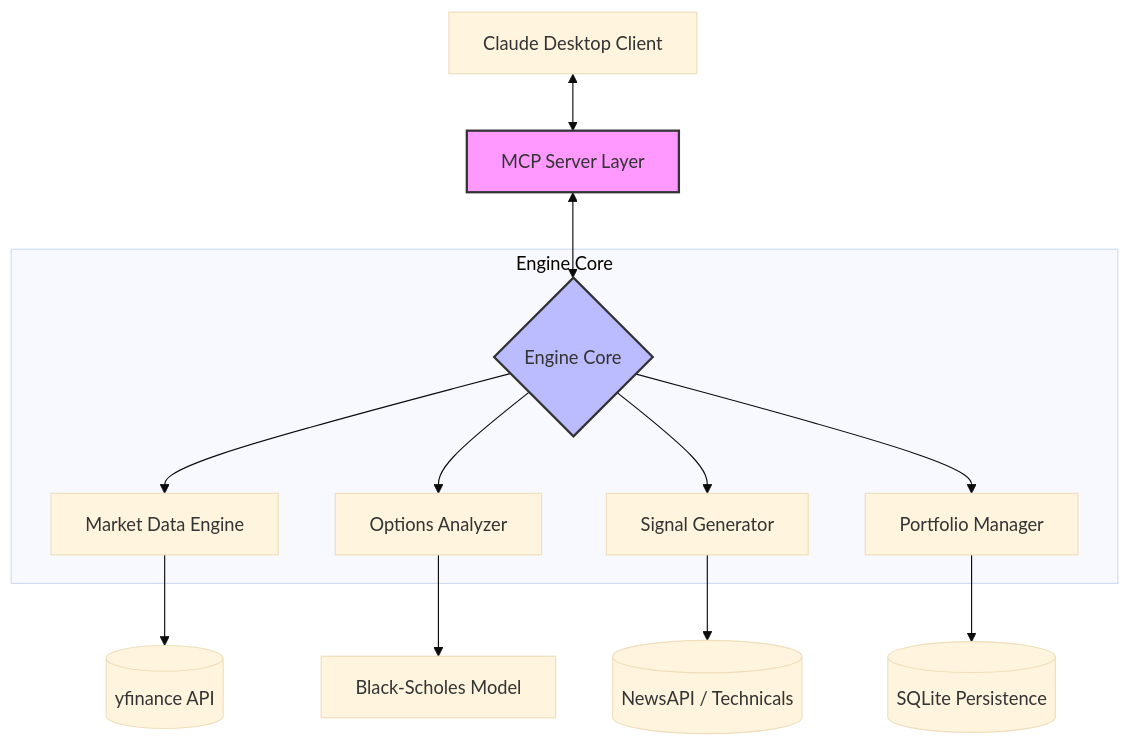
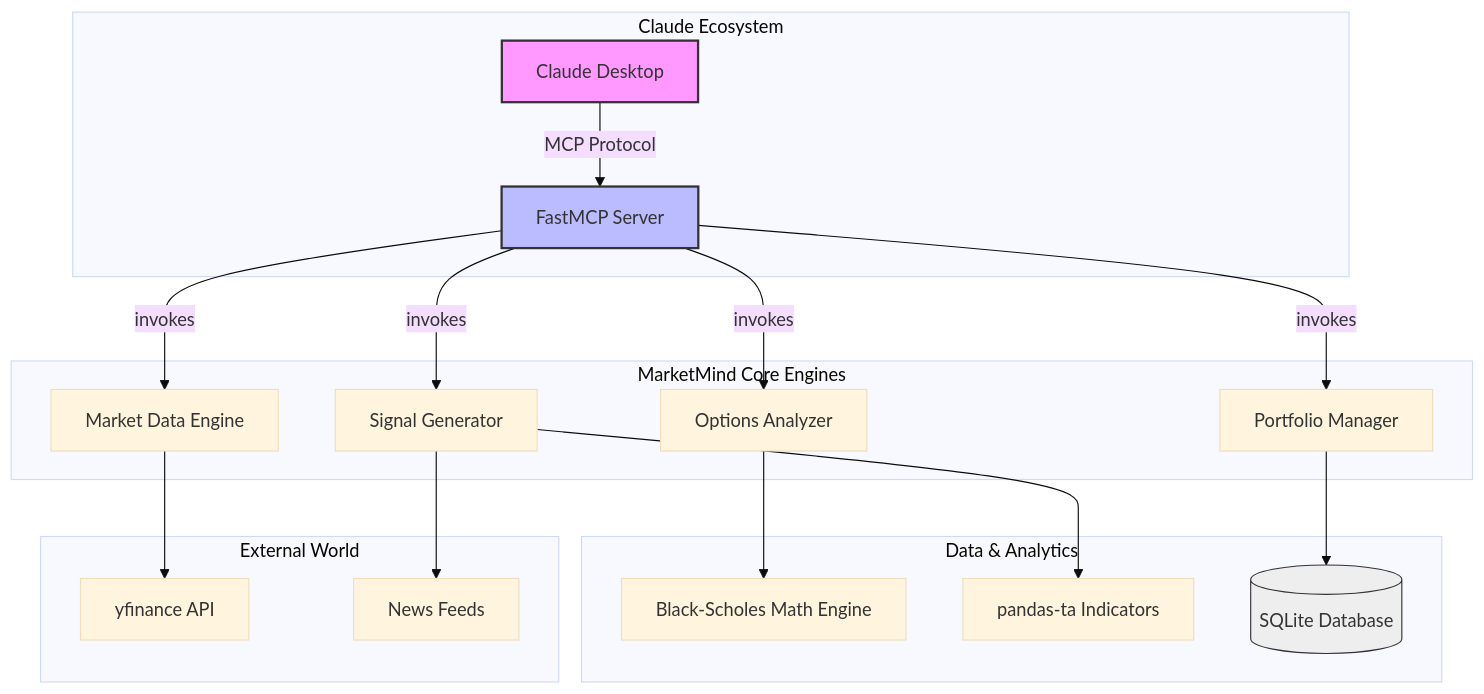
Before and after one commit to Reethikaa05/MarketMind-India: the diagram in README.md, drawn with Mermaid (base theme). The commit also changed other lines of this file, not shown here.

Commit message:
docs: finalize README with system architecture and full toolset

````diff
--- a/README.md
+++ b/README.md
@@ -16,20 +17,30 @@
 ```mermaid
 graph TD
-    A[Claude Desktop Client] <--> B[MCP Server Layer]
-    B <--> C{Engine Core}
-    
-    subgraph "Engine Core"
-    C --> D[Market Data Engine]
-    C --> E[Options Analyzer]
-    C --> F[Signal Generator]
-    C --> G[Portfolio Manager]
+    subgraph "External World"
+        YF[yfinance API]
+        NEWS[News Feeds]
     end
-    
-    D --> H[(yfinance API)]
-    E --> I[Black-Scholes Model]
-    F --> J[(NewsAPI / Technicals)]
-    G --> K[(SQLite Persistence)]
-    
-    style B fill:#f9f,stroke:#333,stroke-width:2px
-    style C fill:#bbf,stroke:#333,stroke-width:2px
+
+    subgraph "Claude Ecosystem"
+        CL[Claude Desktop] -- MCP Protocol --> FAST[FastMCP Server]
+    end
+
+    subgraph "MarketMind Core Engines"
+        FAST -- invokes --> MDE[Market Data Engine]
+        FAST -- invokes --> OA[Options Analyzer]
+        FAST -- invokes --> SG[Signal Generator]
+        FAST -- invokes --> PM[Portfolio Manager]
+    end
+
+    subgraph "Data & Analytics"
+        MDE --> YF
+        OA --> BS[Black-Scholes Math Engine]
+        SG --> TA[pandas-ta Indicators]
+        SG --> NEWS
+        PM --> DB[(SQLite Database)]
+    end
+
+    style CL fill:#f9f,stroke:#333,stroke-width:2px
+    style FAST fill:#bbf,stroke:#333,stroke-width:2px
+    style DB fill:#eee,stroke:#333
 ```
````
